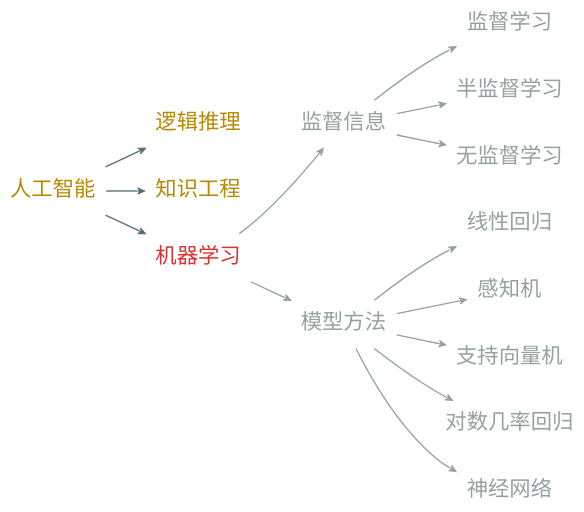
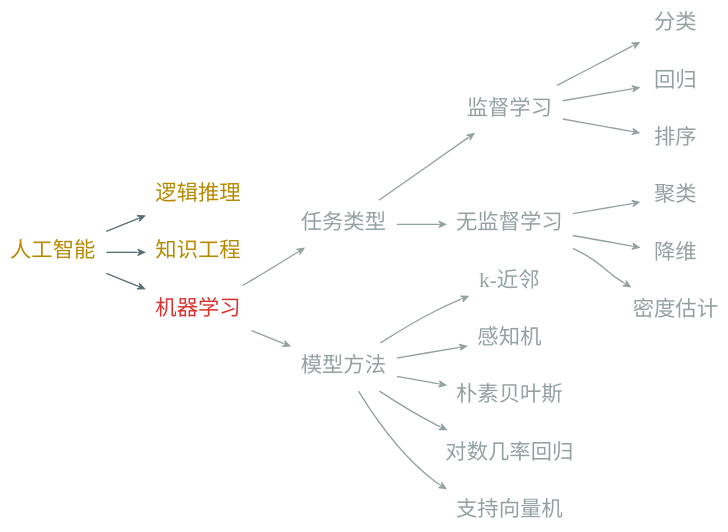
Before and after one commit to Avanti1980/course-ml: the diagram in dot/outline-ai.dot, drawn with Graphviz. The commit also changed 58 other files, not shown here.

```diff
--- a/dot/outline-ai.dot
+++ b/dot/outline-ai.dot
@@ -1,22 +1,26 @@
 digraph g {
-    graph [nodesep=0.2, ranksep=0.4]
+    graph [nodesep=0.1, ranksep=0.4]
     rankdir=LR
-    node [shape=plaintext fontname="EBG,fzlz" fontcolor="#b58900" fontsize=16]
-    edge [arrowhead=vee fontname="EBG,fzlz" color="#586e75" fontcolor="#268bd2" fontsize=12 arrowsize=0.5]
+    node [shape=plaintext fontname="Ysabeau,LXGWWenKai" fontcolor="#b58900" fontsize=16]
+    edge [arrowhead=vee fontname="Ysabeau,LXGWWenKai" color="#586e75" fontcolor="#268bd2" fontsize=12 arrowsize=0.5]
     bgcolor="transparent"
 
     人工智能 -> {逻辑推理, 知识工程}
 
     node [fontcolor="#dc322f"]
 
     人工智能 -> 机器学习
 
     node [fontcolor="#93a1a1"]
     edge [color="#93a1a1" fontcolor="#93a1a1"]
 
-    机器学习 -> {监督信息, 模型方法}
+    机器学习 -> {任务类型, 模型方法}
 
-    监督信息 -> {监督学习, 半监督学习, 无监督学习}
+    任务类型 -> {监督学习, 无监督学习}
 
-    模型方法 -> {线性回归, 感知机, 支持向量机, 对数几率回归, 神经网络}
+    监督学习 -> {分类, 回归, 排序}
+
+    无监督学习 -> {聚类, 降维, 密度估计}
+
+    模型方法 -> {"k-近邻", 感知机, 朴素贝叶斯, 对数几率回归, 支持向量机}
 }
```
